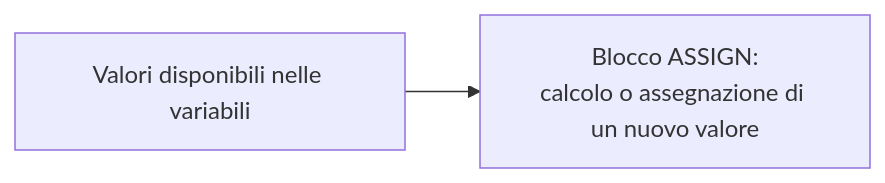
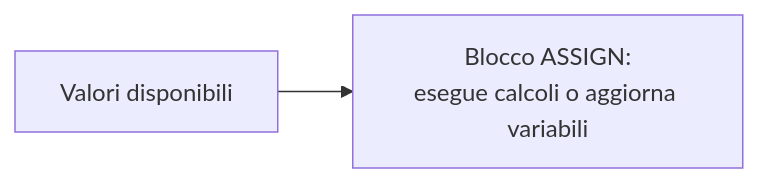
Before and after one commit to Federob/infohandouts: the third of 7 diagrams in docs/algocoding/01_flowgorithm.md, drawn with Mermaid. The commit also changed other lines of this file, not shown here.

````diff
--- a/docs/algocoding/01_flowgorithm.md
+++ b/docs/algocoding/01_flowgorithm.md
@@ -62,4 +60,4 @@
 ```mermaid
 flowchart LR
-    A["Valori disponibili nelle variabili"] --> B["Blocco ASSIGN:<br/>calcolo o assegnazione di un nuovo valore"]
+    A["Valori disponibili"] --> B["Blocco ASSIGN:<br/>esegue calcoli o aggiorna variabili"]
 ```
````
